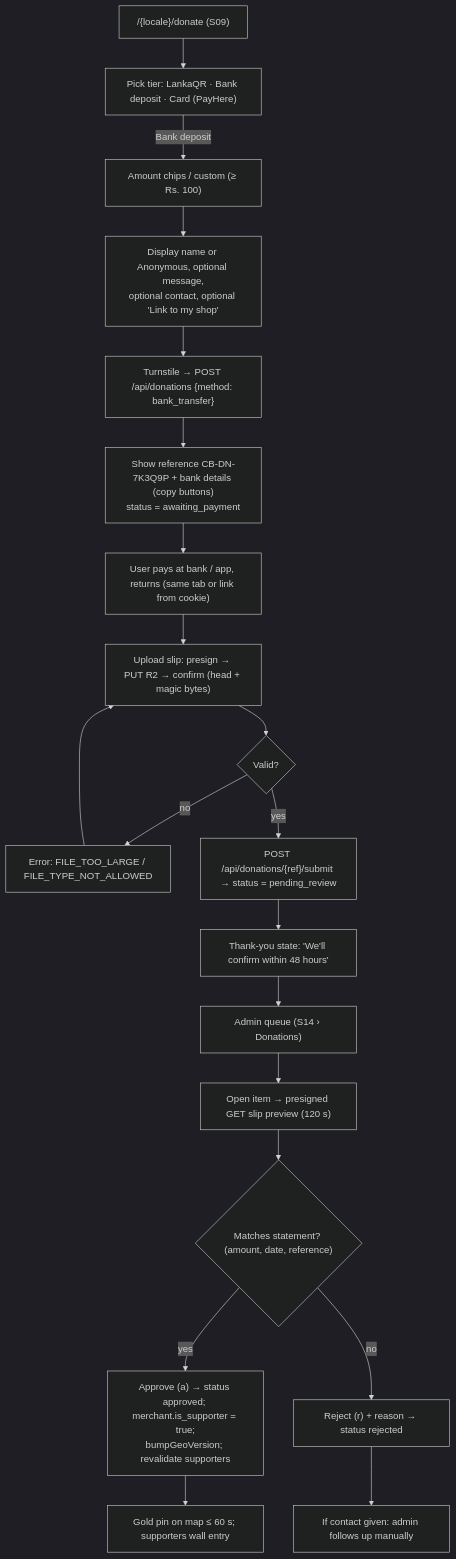
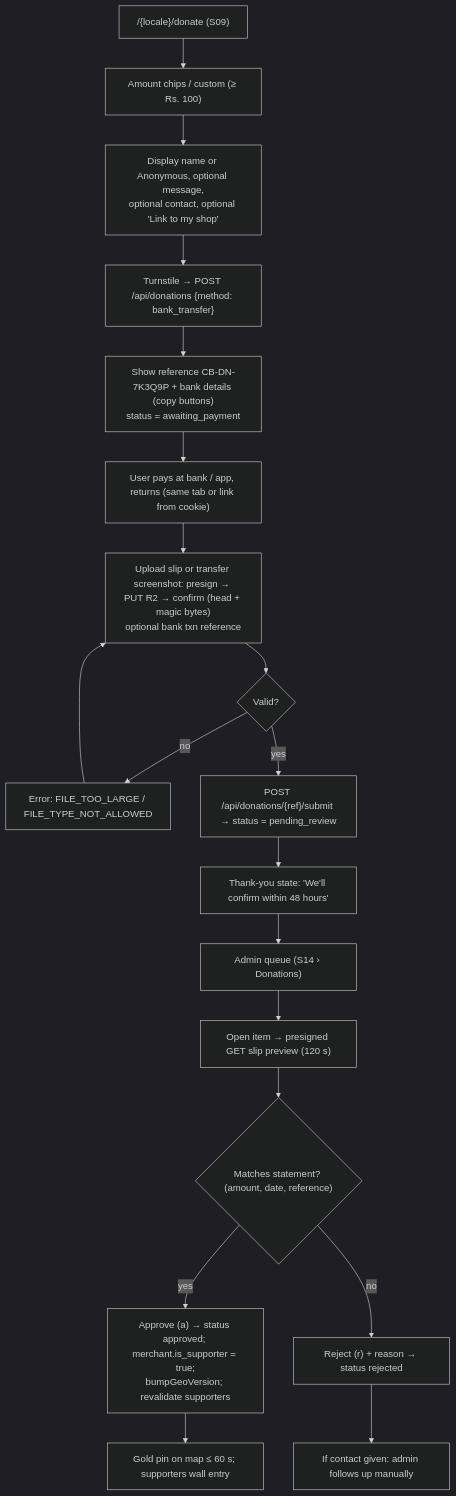
One commit to ceybyte/CeyByte.com changed the sixth of 7 diagrams in docs/04-APP_FLOW.md. Above: the diagram before and after it, drawn with Mermaid (dark theme). The commit also changed other lines of this file and 7 other files, not shown here.

First line of the commit message:
docs(donate)!: drop PayHere and LankaQR, keep bank transfer only

````diff
--- a/docs/04-APP_FLOW.md
+++ b/docs/04-APP_FLOW.md
@@ -291,21 +291,20 @@
 ```mermaid
 flowchart TD
-  A["/{locale}/donate (S09)"] --> B["Pick tier: LankaQR · Bank deposit · Card (PayHere)"]
-  B -- "Bank deposit" --> C["Amount chips / custom (≥ Rs. 100)"]
+  A["/{locale}/donate (S09)"] --> C["Amount chips / custom (≥ Rs. 100)"]
   C --> D["Display name or Anonymous, optional message,<br/>optional contact, optional 'Link to my shop'"]
   D --> E["Turnstile → POST /api/donations {method: bank_transfer}"]
   E --> F["Show reference CB-DN-7K3Q9P + bank details (copy buttons)<br/>status = awaiting_payment"]
   F --> G["User pays at bank / app, returns (same tab or link from cookie)"]
-  G --> H["Upload slip: presign → PUT R2 → confirm (head + magic bytes)"]
+  G --> H["Upload slip or transfer screenshot: presign → PUT R2 → confirm (head + magic bytes)<br/>optional bank txn reference"]
   H --> I{"Valid?"}
   I -- no --> J["Error: FILE_TOO_LARGE / FILE_TYPE_NOT_ALLOWED"] --> H
   I -- yes --> K["POST /api/donations/{ref}/submit → status = pending_review"]
   K --> L["Thank-you state: 'We'll confirm within 48 hours'"]
   L --> M["Admin queue (S14 › Donations)"]
   M --> N["Open item → presigned GET slip preview (120 s)"]
   N --> O{"Matches statement? (amount, date, reference)"}
   O -- yes --> P["Approve (a) → status approved; merchant.is_supporter = true;<br/>bumpGeoVersion; revalidate supporters"]
   O -- no --> Q["Reject (r) + reason → status rejected"]
   P --> R["Gold pin on map ≤ 60 s; supporters wall entry"]
   Q --> S["If contact given: admin follows up manually"]
 ```
````
